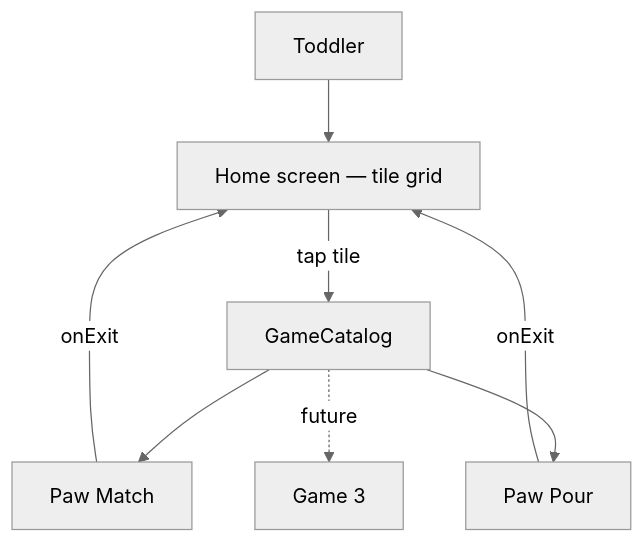
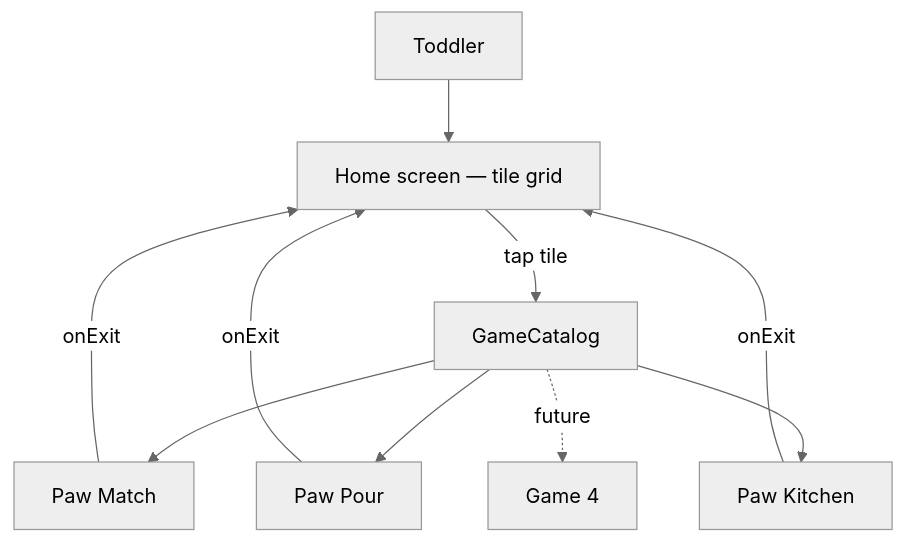
Before and after one commit to ribenajuice/paw-play: the diagram in docs/ARCHITECTURE.md, drawn with Mermaid (neutral theme). The commit also changed other lines of this file and 1 other file, not shown here.

Commit message:
Docs: Paw Kitchen state and flow, ADR on dishes-as-data and no sound

````diff
--- a/docs/ARCHITECTURE.md
+++ b/docs/ARCHITECTURE.md
@@ -29,10 +29,12 @@
 ```mermaid
 flowchart TB
     P[Toddler] --> HOME[Home screen — tile grid]
     HOME -->|tap tile| CATALOG[GameCatalog]
     CATALOG --> G1[Paw Match]
     CATALOG --> G2[Paw Pour]
-    CATALOG -.->|future| G3[Game 3]
+    CATALOG --> G3[Paw Kitchen]
+    CATALOG -.->|future| G4[Game 4]
     G1 -->|onExit| HOME
     G2 -->|onExit| HOME
+    G3 -->|onExit| HOME
 ```
````
